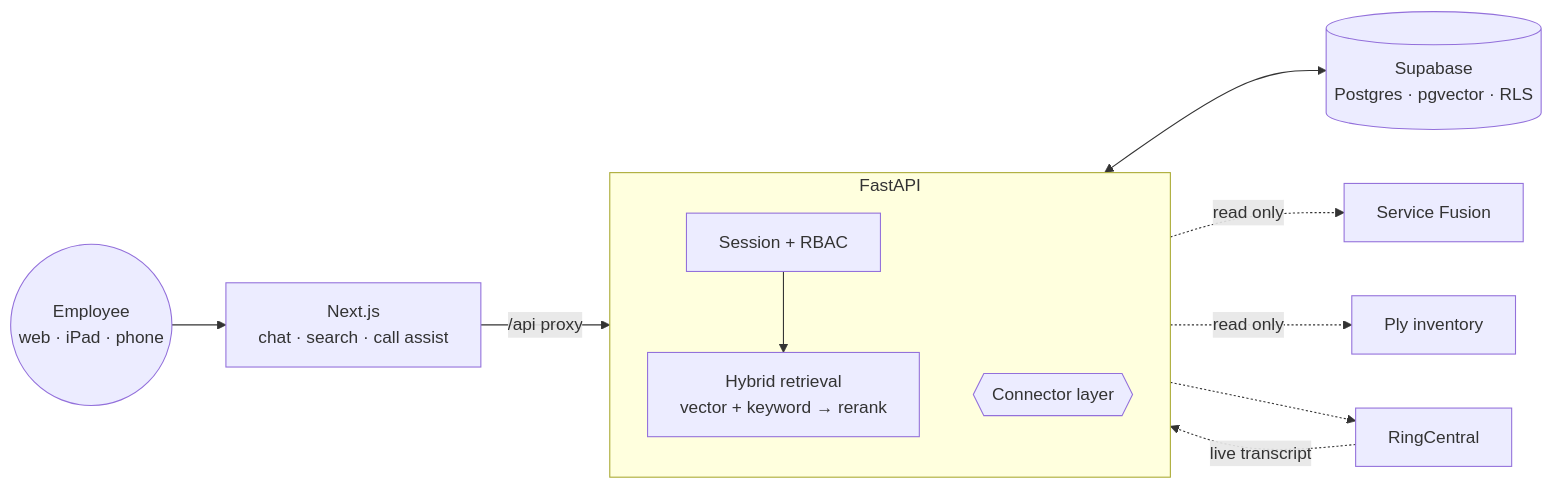
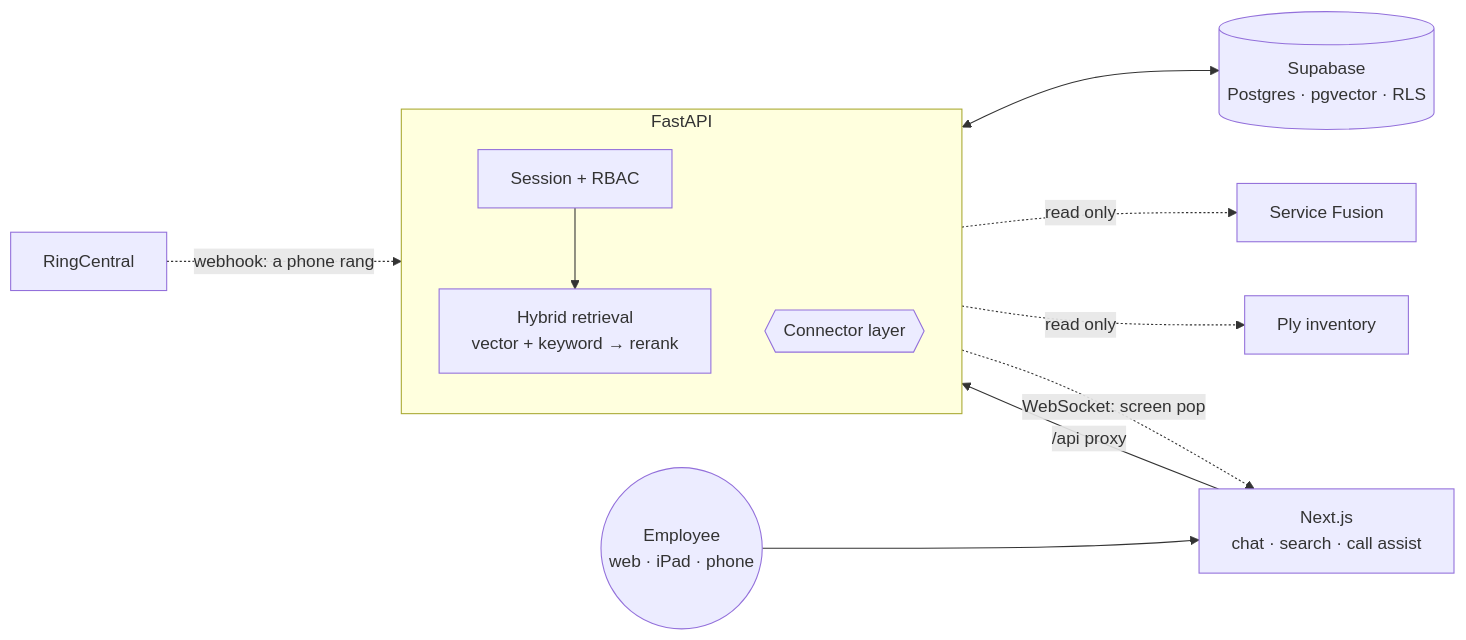
One commit to ilhanakbudak/fieldops-copilot changed the diagram in README.md. Above: the diagram before and after it, drawn with Mermaid. The commit also changed other lines of this file and 28 other files, not shown here.

````diff
--- a/README.md
+++ b/README.md
@@ -133,18 +163,18 @@
 ```mermaid
 flowchart LR
     U(("Employee<br/>web · iPad · phone")) --> WEB["Next.js<br/>chat · search · call assist"]
     WEB -->|"/api proxy"| API
 
     subgraph API["FastAPI"]
         direction TB
         AUTH["Session + RBAC"] --> RET
         RET["Hybrid retrieval<br/>vector + keyword → rerank"]
         CONN{{"Connector layer"}}
     end
 
     RET <--> SB[("Supabase<br/>Postgres · pgvector · RLS")]
     CONN -.->|read only| CRM["Service Fusion"]
     CONN -.->|read only| INV["Ply inventory"]
-    CONN -.-> TEL["RingCentral"]
-    TEL -.->|"live transcript"| API
+    TEL["RingCentral"] -.->|"webhook: a phone rang"| API
+    API -.->|"WebSocket: screen pop"| WEB
 ```
````
